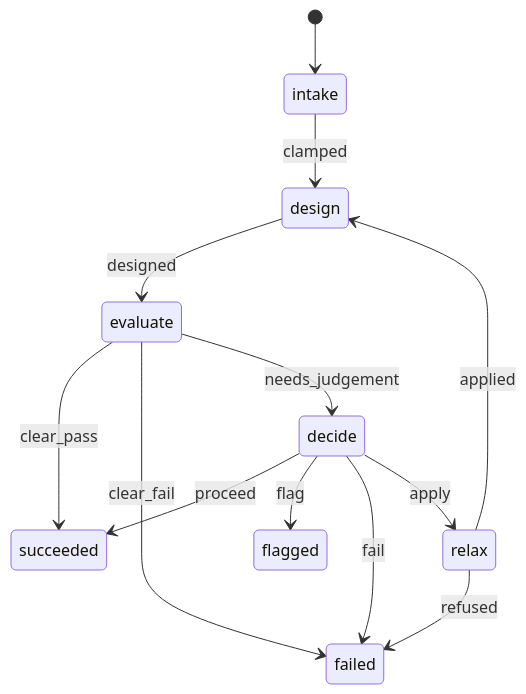
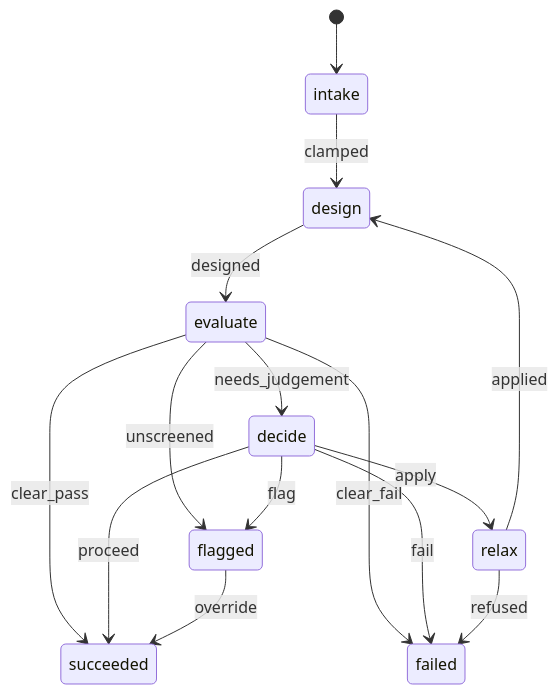
One commit to sstaller-sj/mypibypy changed the diagram in mypibypy/README.md. Above: the diagram before and after it, drawn with Mermaid. The commit also changed other lines of this file and 42 other files, not shown here.

````diff
--- a/mypibypy/README.md
+++ b/mypibypy/README.md
@@ -527,15 +540,17 @@
 ```mermaid
 stateDiagram-v2
     [*] --> intake
     intake --> design: clamped
     design --> evaluate: designed
     evaluate --> succeeded: clear_pass
     evaluate --> failed: clear_fail
+    evaluate --> flagged: unscreened
     evaluate --> decide: needs_judgement
     decide --> succeeded: proceed
     decide --> flagged: flag
     decide --> failed: fail
     decide --> relax: apply
     relax --> design: applied
     relax --> failed: refused
+    flagged --> succeeded: override
 ```
````
